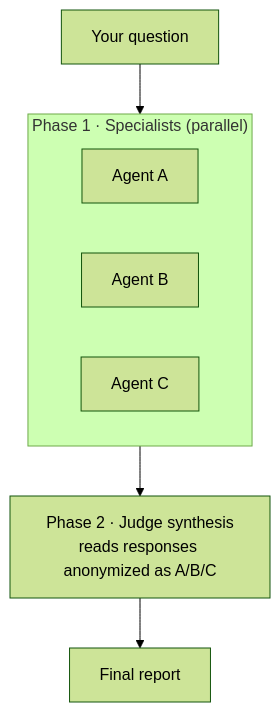
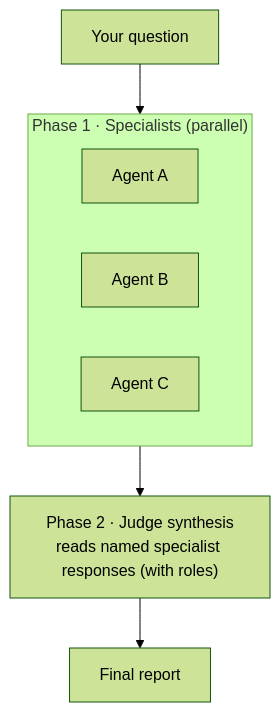
The first of 3 diagrams in README.md (Freudenberger/multi-agent-llm-council), drawn with Mermaid (forest theme) before and after one commit. The commit also changed 10 other files, not shown here.

Commit message:
docs: update README and reports for clarity on judge responses feat(prompts): add SWOT analysis framing to mode descriptions

````diff
--- a/README.md
+++ b/README.md
@@ -25,12 +25,12 @@
 ```mermaid
 flowchart TD
     Q["Your question"] --> P1
     subgraph P1["Phase 1 · Specialists (parallel)"]
       direction LR
       A1["Agent A"]
       A2["Agent B"]
       A3["Agent C"]
     end
-    P1 --> J["Phase 2 · Judge synthesis<br/>reads responses anonymized as A/B/C"]
+    P1 --> J["Phase 2 · Judge synthesis<br/>reads named specialist responses (with roles)"]
     J --> R["Final report"]
 ```
````
